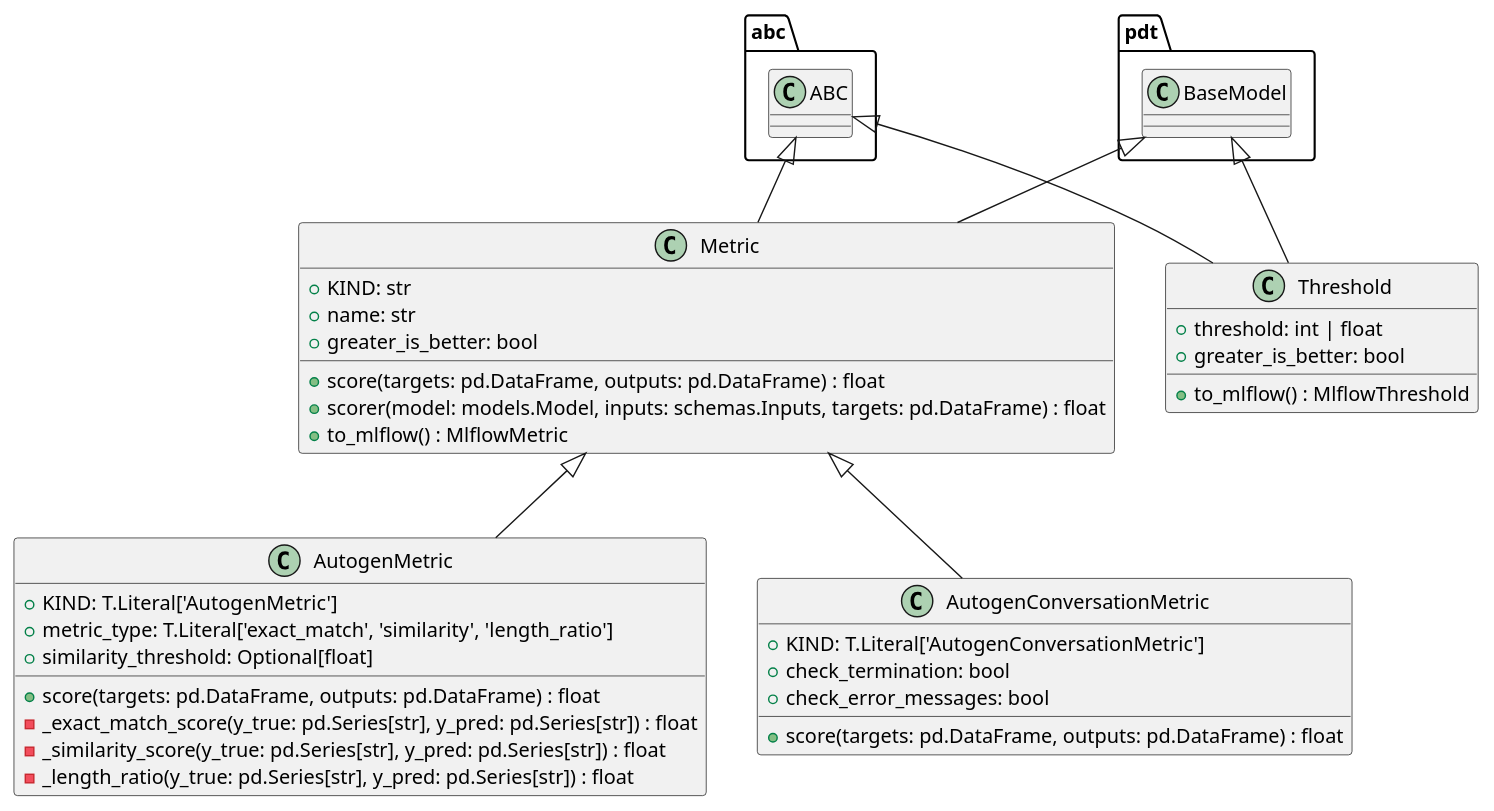
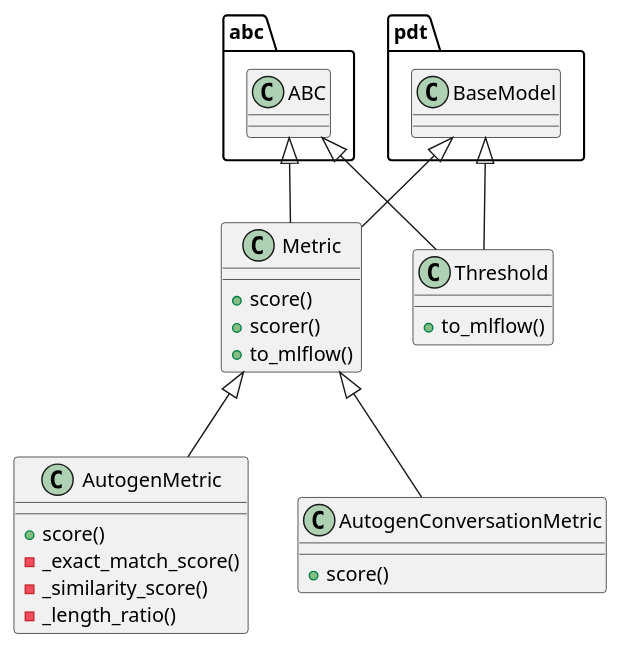
One commit to lgcorzo/llmops-python-package changed the diagram in openwiki/src/autogen_team/evaluation/metrics/metrics.md. Above: the diagram before and after it, drawn with PlantUML. The commit also changed other lines of this file and 77 other files, not shown here.

````diff
--- a/openwiki/src/autogen_team/evaluation/metrics/metrics.md
+++ b/openwiki/src/autogen_team/evaluation/metrics/metrics.md
@@ -61,38 +326,27 @@
 ```plantuml
 @startuml
-    abc.ABC <|-- Metric
-    pdt.BaseModel <|-- Metric
-    class Metric {
-        +KIND: str
-        +name: str
-        +greater_is_better: bool
-        +score(targets: pd.DataFrame, outputs: pd.DataFrame) : float
-        +scorer(model: models.Model, inputs: schemas.Inputs, targets: pd.DataFrame) : float
-        +to_mlflow() : MlflowMetric
-    }
-    Metric <|-- AutogenMetric
-    class AutogenMetric {
-        +KIND: T.Literal['AutogenMetric']
-        +metric_type: T.Literal['exact_match', 'similarity', 'length_ratio']
-        +similarity_threshold: Optional[float]
-        +score(targets: pd.DataFrame, outputs: pd.DataFrame) : float
-        -_exact_match_score(y_true: pd.Series[str], y_pred: pd.Series[str]) : float
-        -_similarity_score(y_true: pd.Series[str], y_pred: pd.Series[str]) : float
-        -_length_ratio(y_true: pd.Series[str], y_pred: pd.Series[str]) : float
-    }
-    Metric <|-- AutogenConversationMetric
-    class AutogenConversationMetric {
-        +KIND: T.Literal['AutogenConversationMetric']
-        +check_termination: bool
-        +check_error_messages: bool
-        +score(targets: pd.DataFrame, outputs: pd.DataFrame) : float
-    }
-    abc.ABC <|-- Threshold
-    pdt.BaseModel <|-- Threshold
-    class Threshold {
-        +threshold: int | float
-        +greater_is_better: bool
-        +to_mlflow() : MlflowThreshold
-    }
+class Metric {
+  + score()
+  + scorer()
+  + to_mlflow()
+}
+abc.ABC <|-- Metric
+pdt.BaseModel <|-- Metric
+class AutogenMetric {
+  + score()
+  - _exact_match_score()
+  - _similarity_score()
+  - _length_ratio()
+}
+Metric <|-- AutogenMetric
+class AutogenConversationMetric {
+  + score()
+}
+Metric <|-- AutogenConversationMetric
+class Threshold {
+  + to_mlflow()
+}
+abc.ABC <|-- Threshold
+pdt.BaseModel <|-- Threshold
 @enduml
 ```
````
